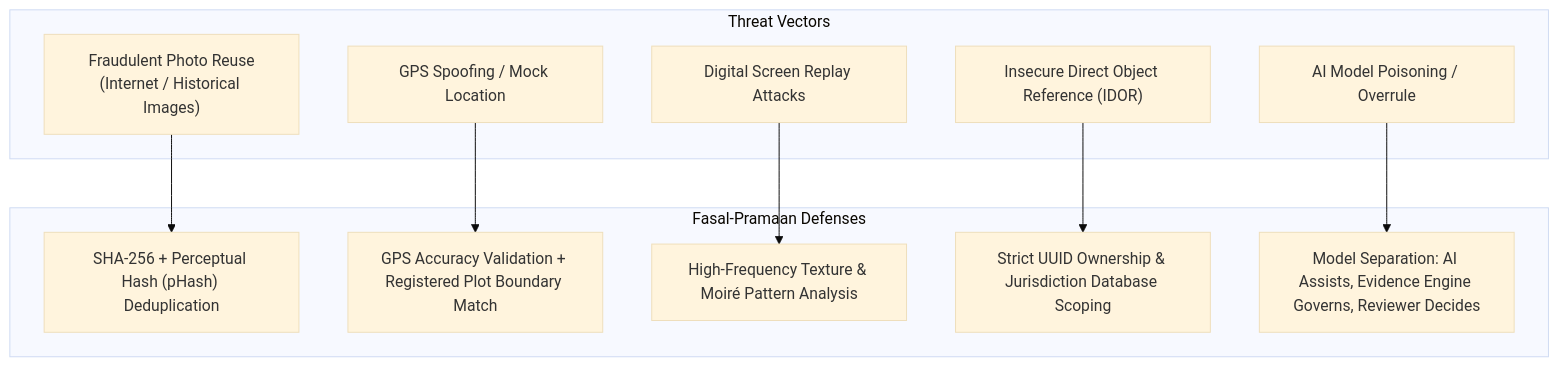
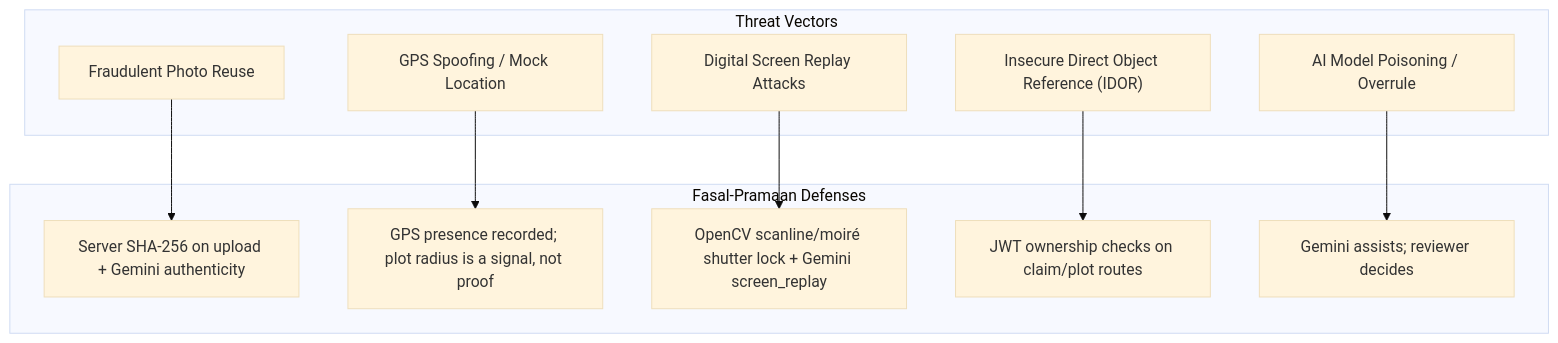
Before and after one commit to dhrrishitvdeka/Fasal-Pramaan: the first of 2 diagrams in docs/security.md, drawn with Mermaid (base theme). The commit also changed other lines of this file and 62 other files, not shown here.

First line of the commit message:
release: v2.7.0 Gemini vision, OpenCV shutter, audio-only Live

````diff
--- a/docs/security.md
+++ b/docs/security.md
@@ -26,24 +26,24 @@
 ```mermaid
 flowchart TD
   subgraph Threats["Threat Vectors"]
-    T1["Fraudulent Photo Reuse\n(Internet / Historical Images)"]
+    T1["Fraudulent Photo Reuse"]
     T2["GPS Spoofing / Mock Location"]
     T3["Digital Screen Replay Attacks"]
     T4["Insecure Direct Object Reference (IDOR)"]
     T5["AI Model Poisoning / Overrule"]
   end
 
   subgraph Mitigations["Fasal-Pramaan Defenses"]
-    M1["SHA-256 + Perceptual Hash (pHash) Deduplication"]
-    M2["GPS Accuracy Validation + Registered Plot Boundary Match"]
-    M3["High-Frequency Texture & Moiré Pattern Analysis"]
-    M4["Strict UUID Ownership & Jurisdiction Database Scoping"]
-    M5["Model Separation: AI Assists, Evidence Engine Governs, Reviewer Decides"]
+    M1["Server SHA-256 on upload + Gemini authenticity"]
+    M2["GPS presence recorded; plot radius is a signal, not proof"]
+    M3["OpenCV scanline/moiré shutter lock + Gemini screen_replay"]
+    M4["JWT ownership checks on claim/plot routes"]
+    M5["Gemini assists; reviewer decides"]
   end
 
   T1 --> M1
   T2 --> M2
   T3 --> M3
   T4 --> M4
   T5 --> M5
 ```
````
